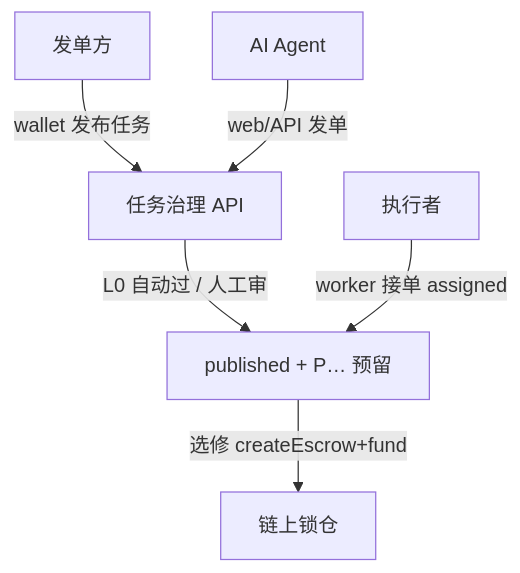
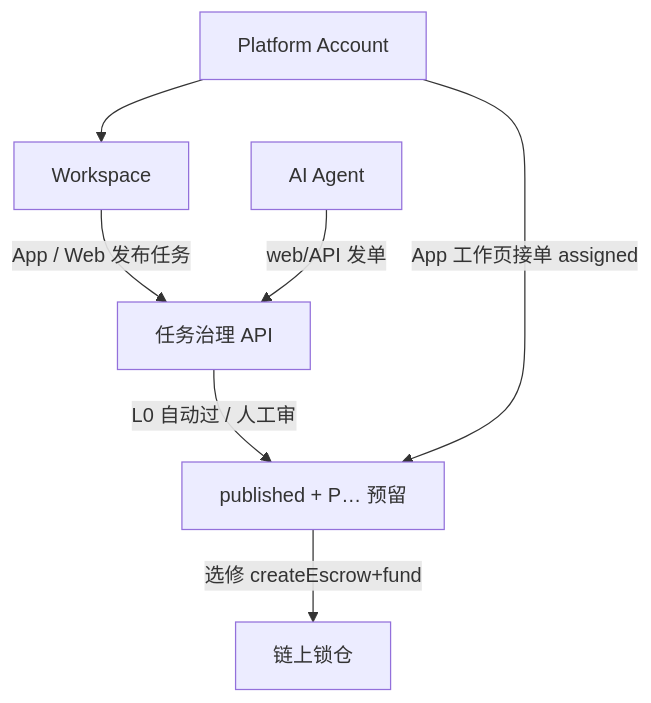
One commit to DoerFlow/docs changed the diagram in docs/technical/CLIENTS.md. Above: the diagram before and after it, drawn with Mermaid. The commit also changed other lines of this file and 23 other files, not shown here.

````diff
--- a/docs/technical/CLIENTS.md
+++ b/docs/technical/CLIENTS.md
@@ -27,8 +27,9 @@
 ```mermaid
 flowchart TB
-  Publisher[发单方] -->|wallet 发布任务| Gov[任务治理 API]
+  Account[Platform Account] --> Workspace[Workspace]
+  Workspace -->|App / Web 发布任务| Gov[任务治理 API]
   Gov -->|L0 自动过 / 人工审| Published["published + P… 预留"]
-  Worker[执行者] -->|worker 接单 assigned| Published
+  Account -->|App 工作页接单 assigned| Published
   Published -->|选修 createEscrow+fund| Chain[链上锁仓]
   Agent[AI Agent] -->|web/API 发单| Gov
 ```
````
